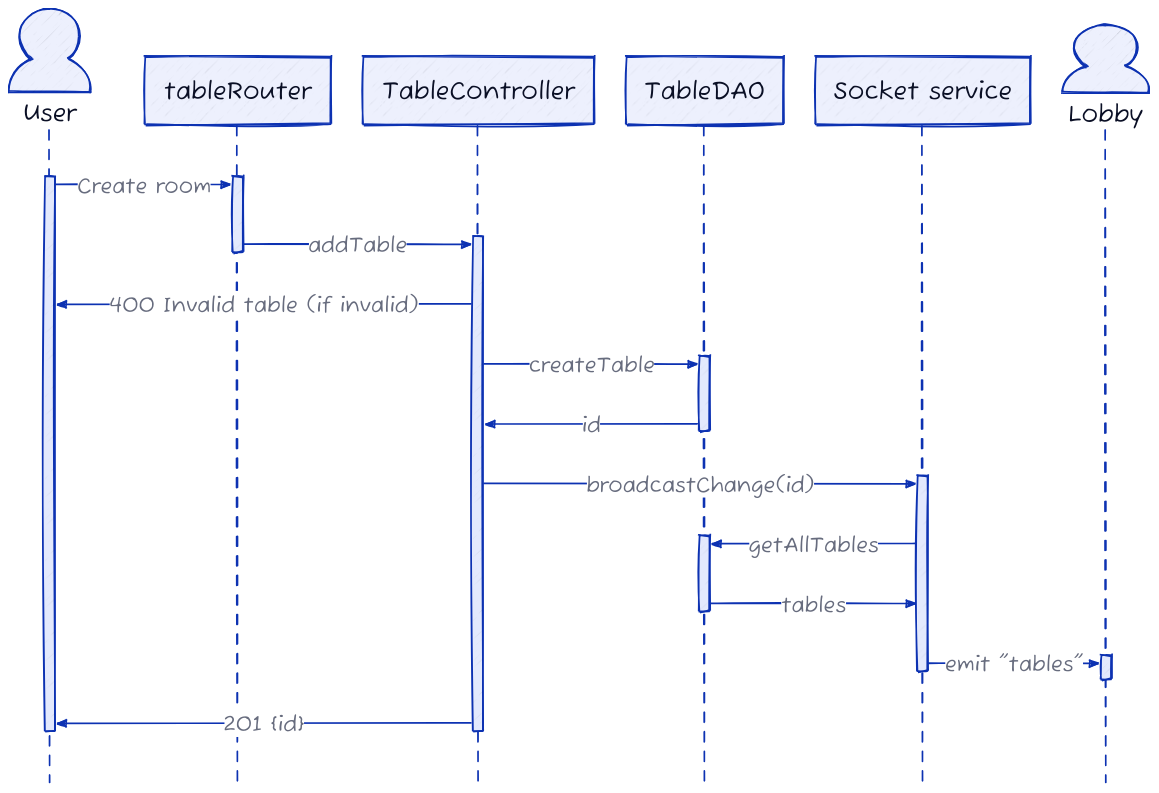
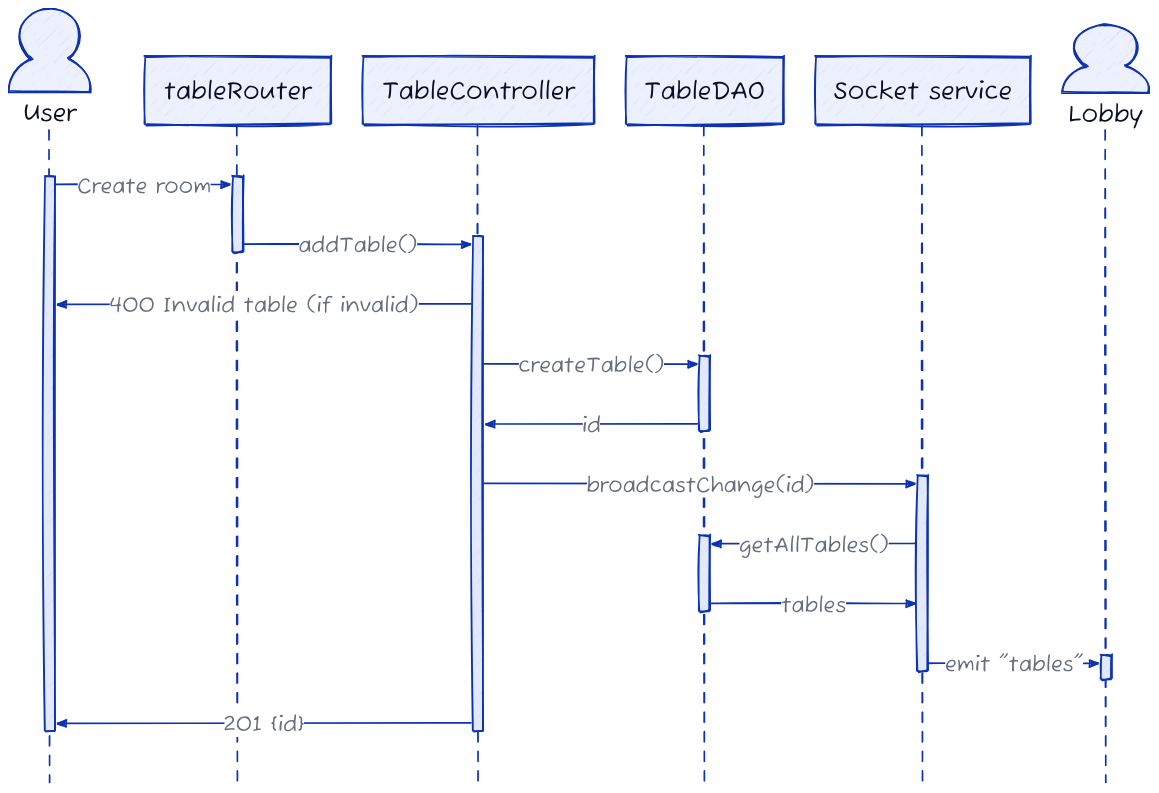
The diagram in diagrams/room/create.d2 (CS482Team/Docs), drawn with D2 before and after one commit. The commit also changed 7 other files, not shown here.

Commit message:
update room diagrams

```diff
--- a/diagrams/room/create.d2
+++ b/diagrams/room/create.d2
@@ -1,29 +1,29 @@
 vars: {
   d2-config: {
     sketch: true
   }
 }
 shape: sequence_diagram
 
 Host: User
 Router: tableRouter
 Ctrl: TableController
 TDAO: TableDAO
 IO: Socket service
 Lobby: Lobby
 
 Host.a -> Router.a: Create room
-Router.a -> Ctrl.a: addTable
+Router.a -> Ctrl.a: addTable()
 Ctrl.a -> Host.a: 400 Invalid table (if invalid)
-Ctrl.a -> TDAO.a: createTable
+Ctrl.a -> TDAO.a: createTable()
 TDAO.a -> Ctrl.a: id
 Ctrl.a -> IO.a: broadcastChange(id)
-IO.a -> TDAO.b: getAllTables
+IO.a -> TDAO.b: getAllTables()
 TDAO.b -> IO.a: tables
 IO.a -> Lobby.a: 'emit "tables"'
 Ctrl.a -> Host.a: '201 {id}'
 
 *.style.font-size: 30
 (** -> **)[*].style.font-size: 26
 Host.shape: person
 Lobby.shape: person
```
